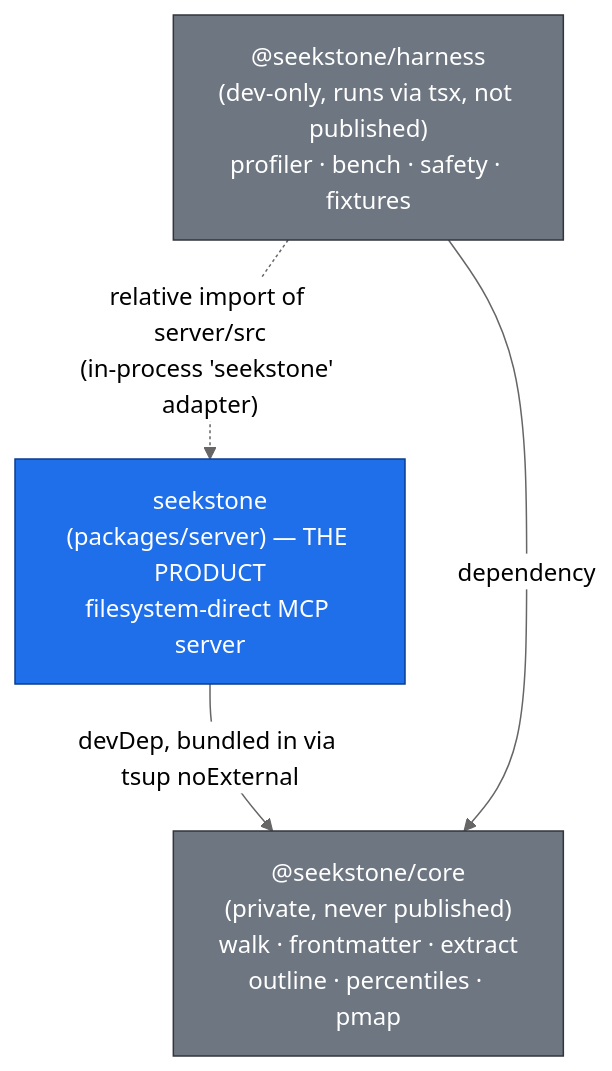
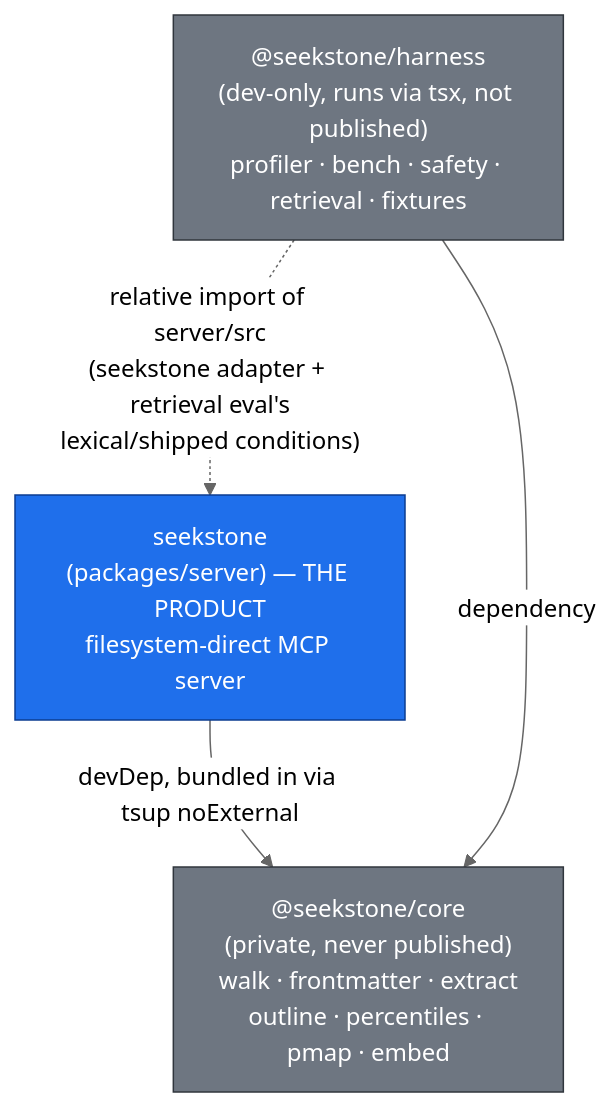
One commit to shaqmughal/seekstone changed the first of 5 diagrams in docs/ARCHITECTURE.md. Above: the diagram before and after it, drawn with Mermaid (neutral theme). The commit also changed other lines of this file and 17 other files, not shown here.

First line of the commit message:
docs: repo-wide drift audit — diagrams, network claims, guard hardening (#269)

````diff
--- a/docs/ARCHITECTURE.md
+++ b/docs/ARCHITECTURE.md
@@ -21,15 +21,15 @@
 ```mermaid
 flowchart TD
-    core["@seekstone/core<br/>(private, never published)<br/>walk · frontmatter · extract<br/>outline · percentiles · pmap"]
+    core["@seekstone/core<br/>(private, never published)<br/>walk · frontmatter · extract<br/>outline · percentiles · pmap · embed"]
     server["seekstone<br/>(packages/server) — THE PRODUCT<br/>filesystem-direct MCP server"]
-    harness["@seekstone/harness<br/>(dev-only, runs via tsx, not published)<br/>profiler · bench · safety · fixtures"]
+    harness["@seekstone/harness<br/>(dev-only, runs via tsx, not published)<br/>profiler · bench · safety · retrieval · fixtures"]
 
     server -->|"devDep, bundled in via tsup noExternal"| core
     harness -->|"dependency"| core
-    harness -.->|"relative import of server/src<br/>(in-process 'seekstone' adapter)"| server
+    harness -.->|"relative import of server/src<br/>(seekstone adapter + retrieval eval's<br/>lexical/shipped conditions)"| server
 
     classDef product fill:#1f6feb,stroke:#0b3d91,color:#fff;
     classDef dev fill:#6e7681,stroke:#30363d,color:#fff;
     class server product;
     class harness,core dev;
 ```
````
